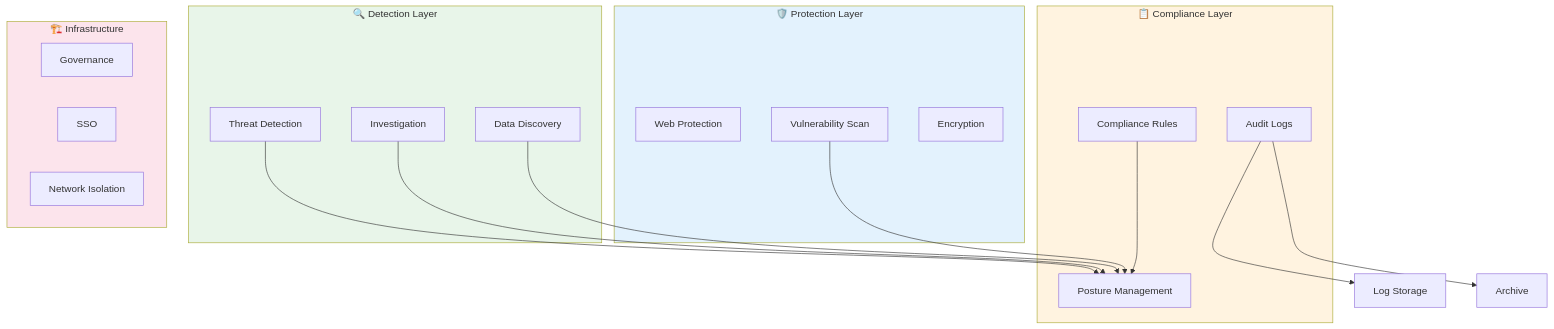
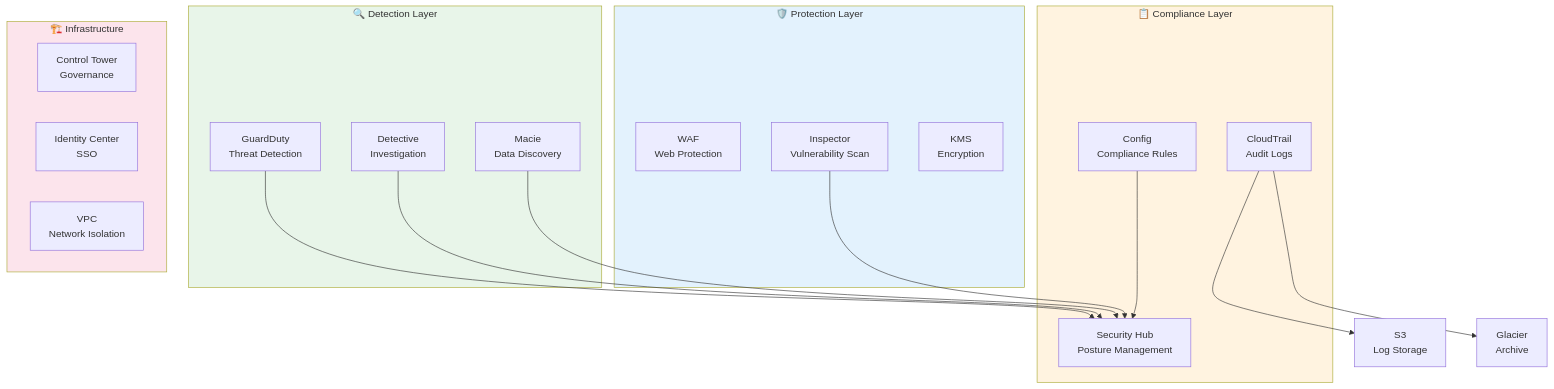
One commit to Hack23/ISMS-PUBLIC changed the third of 8 diagrams in Asset_Register.md. Above: the diagram before and after it, drawn with Mermaid. The commit also changed other lines of this file, not shown here.

````diff
--- a/Asset_Register.md
+++ b/Asset_Register.md
@@ -255,39 +272,39 @@
 ```mermaid
 graph TB
     subgraph Detection["🔍 Detection Layer"]
-        GD[Threat Detection]
-        DT[Investigation]
-        MC[Data Discovery]
+        GD[GuardDuty<br/>Threat Detection]
+        DT[Detective<br/>Investigation]
+        MC[Macie<br/>Data Discovery]
     end
     
     subgraph Protection["🛡️ Protection Layer"]
-        WAF[Web Protection]
-        IN[Vulnerability Scan]
-        KMS[Encryption]
+        WAF[WAF<br/>Web Protection]
+        IN[Inspector<br/>Vulnerability Scan]
+        KMS[KMS<br/>Encryption]
     end
     
     subgraph Compliance["📋 Compliance Layer"]
-        SH[Posture Management]
-        CFG[Compliance Rules]
-        CT[Audit Logs]
+        SH[Security Hub<br/>Posture Management]
+        CFG[Config<br/>Compliance Rules]
+        CT[CloudTrail<br/>Audit Logs]
     end
     
     subgraph Infrastructure["🏗️ Infrastructure"]
-        CT_ORG[Governance]
-        IDC[SSO]
-        VPC[Network Isolation]
+        CT_ORG[Control Tower<br/>Governance]
+        IDC[Identity Center<br/>SSO]
+        VPC[VPC<br/>Network Isolation]
     end
     
     GD --> SH
     DT --> SH
     MC --> SH
     IN --> SH
     CFG --> SH
-    CT --> S3[Log Storage]
-    CT --> GL[Archive]
+    CT --> S3[S3<br/>Log Storage]
+    CT --> GL[Glacier<br/>Archive]
     
     style Detection fill:#e8f5e9
     style Protection fill:#e3f2fd
     style Compliance fill:#fff3e0
     style Infrastructure fill:#fce4ec
 ```
````
